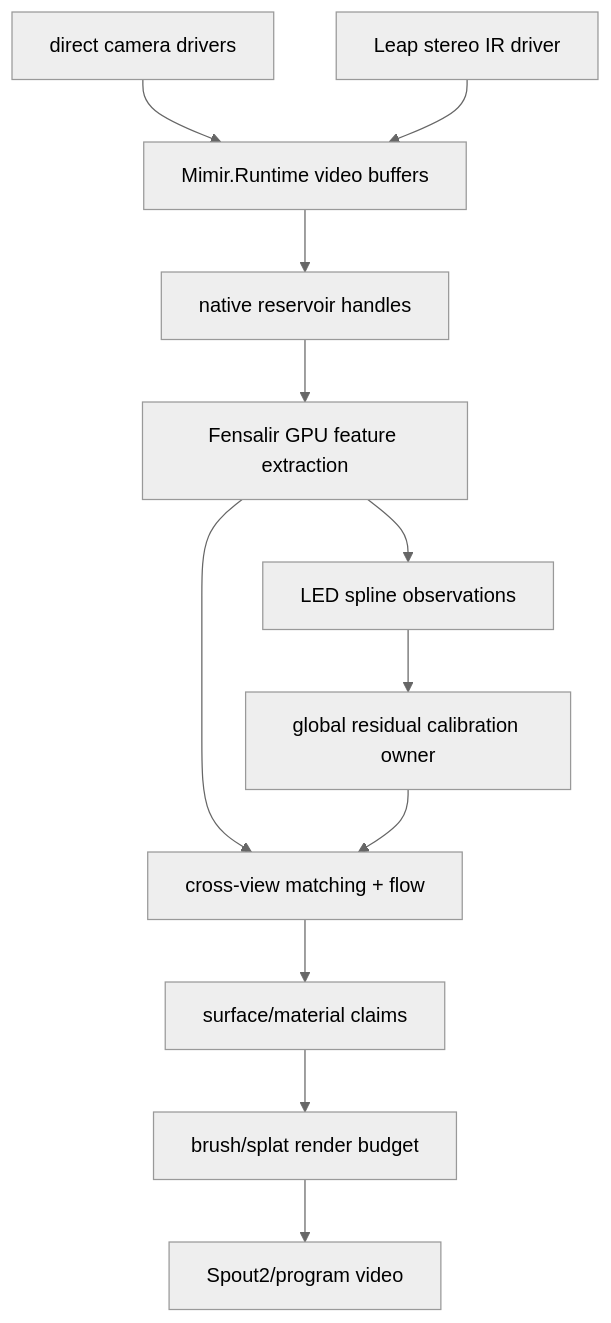
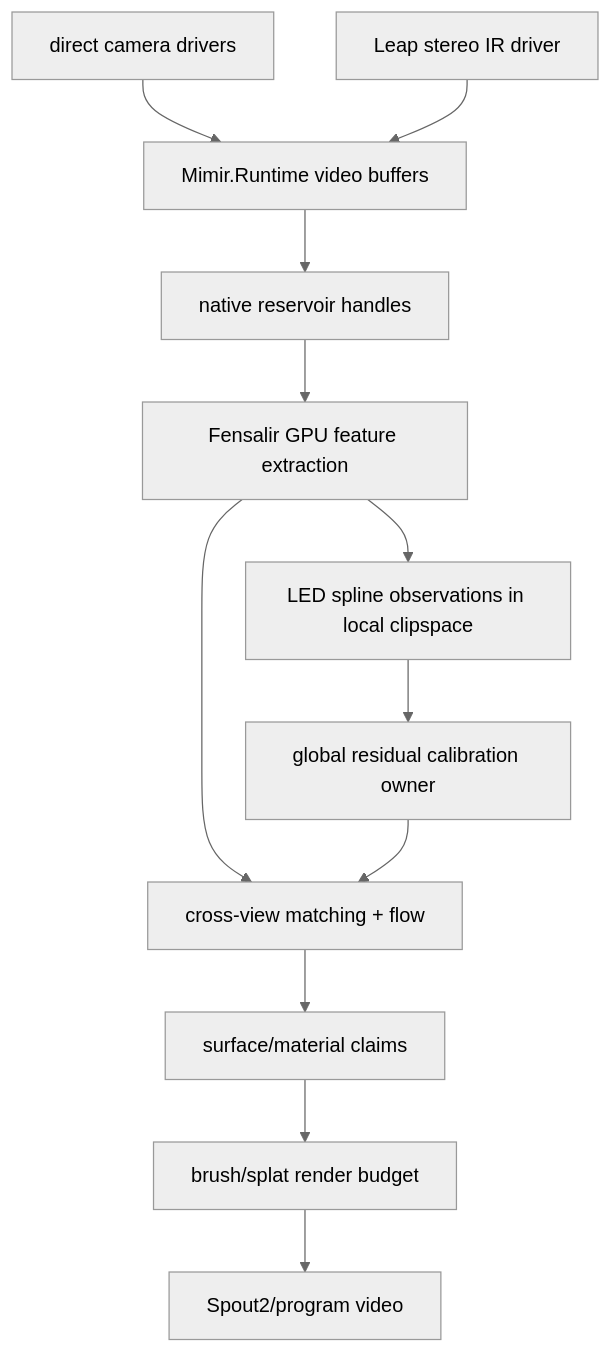
Before and after one commit to GameCult/Mimir: the diagram in docs/sensor-fusion-architecture.md, drawn with Mermaid (neutral theme). The commit also changed other lines of this file and 6 other files, not shown here.

Commit message:
Add LED spline clipspace residuals

````diff
--- a/docs/sensor-fusion-architecture.md
+++ b/docs/sensor-fusion-architecture.md
@@ -7,14 +7,14 @@
 ```mermaid
 flowchart TD
     A["direct camera drivers"] --> B["Mimir.Runtime video buffers"]
     C["Leap stereo IR driver"] --> B
     B --> D["native reservoir handles"]
     D --> E["Fensalir GPU feature extraction"]
-    E --> J["LED spline observations"]
+    E --> J["LED spline observations in local clipspace"]
     E --> F["cross-view matching + flow"]
     J --> K["global residual calibration owner"]
     K --> F
     F --> G["surface/material claims"]
     G --> H["brush/splat render budget"]
     H --> I["Spout2/program video"]
 ```
````
